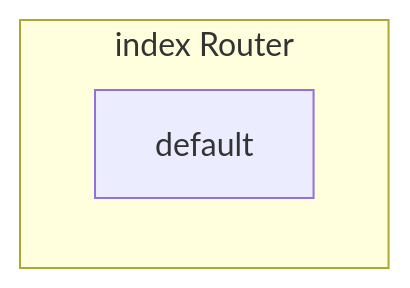
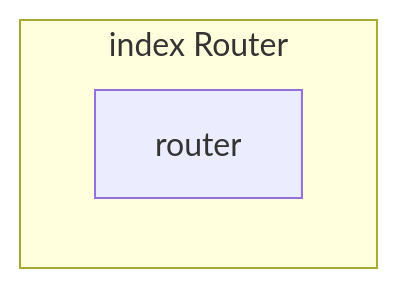
Before and after one commit to y4my4my4m/harmony: the diagram in docs/api/router/index.md, drawn with Mermaid. The commit also changed other lines of this file and 350 other files, not shown here.

````diff
--- a/docs/api/router/index.md
+++ b/docs/api/router/index.md
@@ -7,10 +7,6 @@
 ```mermaid
 graph TB
     subgraph "index Router"
-        DEFAULT[default]
+        ROUTER[router]
     end
-    
-    
-    
-    
 ```
````
